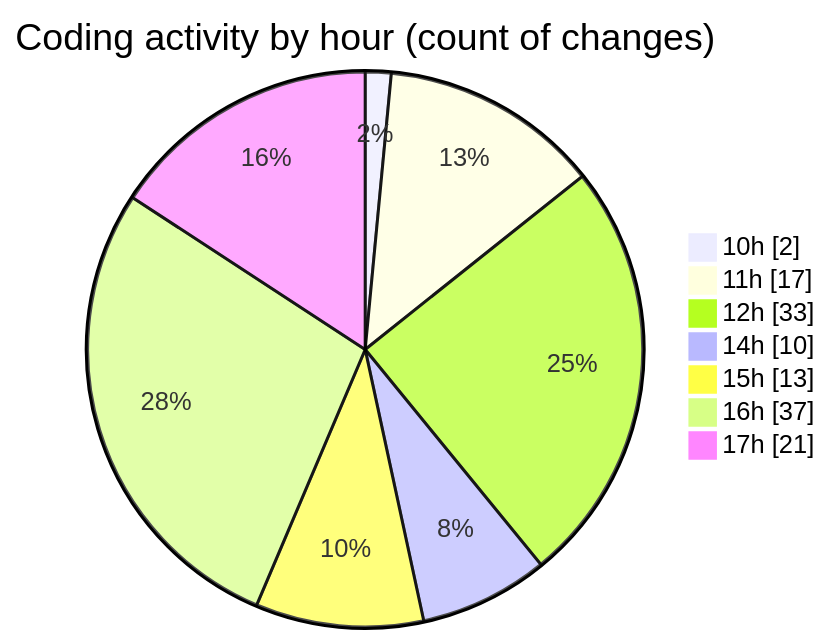
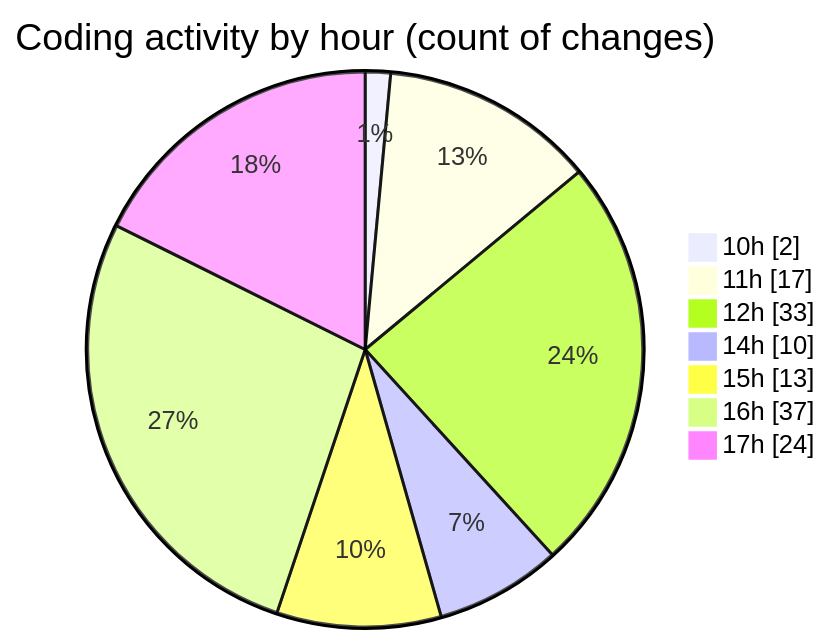
Before and after one commit to nxtqubesakshisongat/code-tracking: the second of 2 diagrams in 2025-05-14/argos-dev/README.md, drawn with Mermaid. The commit also changed other lines of this file and 1 other file, not shown here.

````diff
--- a/2025-05-14/argos-dev/README.md
+++ b/2025-05-14/argos-dev/README.md
@@ -36,11 +36,11 @@
 ```mermaid
 pie showData
 title Coding activity by hour (count of changes)
 "10h" : 2
 "11h" : 17
 "12h" : 33
 "14h" : 10
 "15h" : 13
 "16h" : 37
-"17h" : 21
+"17h" : 24
 ```
````
